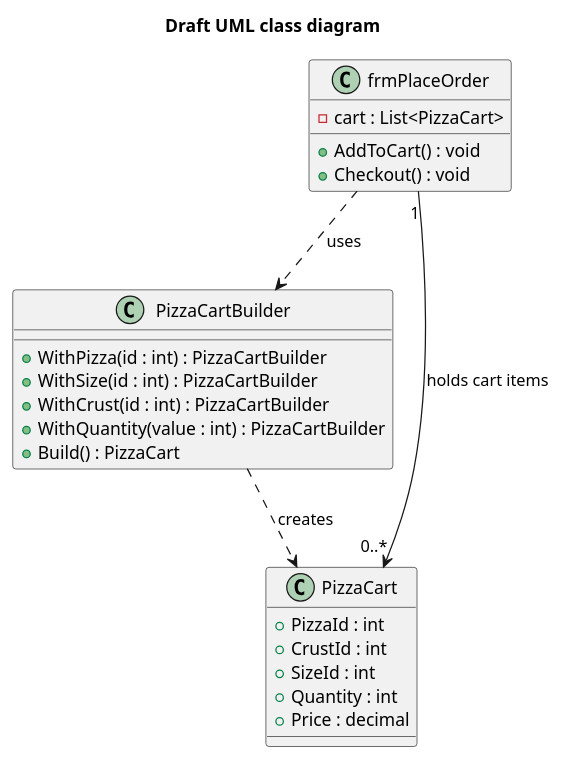
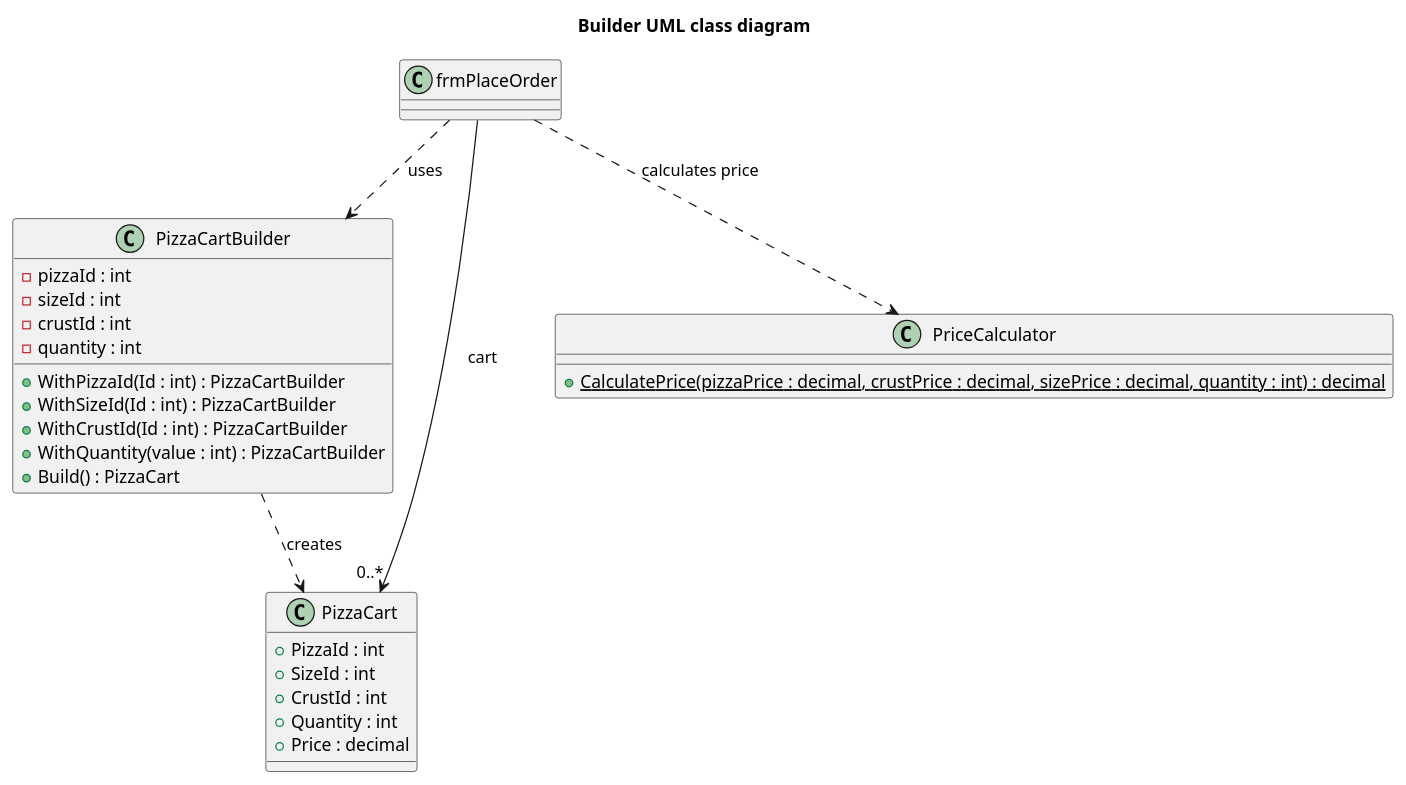
One commit to YukiHoi/Pizza-Ordering-System-Refactored changed the diagram in FoodDeliverySYS/new.puml. Above: the diagram before and after it, drawn with PlantUML. The commit also changed 14 other files, not shown here.

```diff
--- a/FoodDeliverySYS/new.puml
+++ b/FoodDeliverySYS/new.puml
@@ -1,31 +1,37 @@
 @startuml
 'https://plantuml.com/class-diagram
 
-title Draft UML class diagram
+title Builder UML class diagram
 
-class frmPlaceOrder {
-    - cart : List<PizzaCart>
-    + AddToCart() : void
-    + Checkout() : void
-}
+class frmPlaceOrder
 
 class PizzaCartBuilder {
-    + WithPizza(id : int) : PizzaCartBuilder
-    + WithSize(id : int) : PizzaCartBuilder
-    + WithCrust(id : int) : PizzaCartBuilder
-    + WithQuantity(value : int) : PizzaCartBuilder
-    + Build() : PizzaCart
+    -pizzaId : int
+    -sizeId : int
+    -crustId : int
+    -quantity : int
+    +WithPizzaId(Id : int) : PizzaCartBuilder
+    +WithSizeId(Id : int) : PizzaCartBuilder
+    +WithCrustId(Id : int) : PizzaCartBuilder
+    +WithQuantity(value : int) : PizzaCartBuilder
+    +Build() : PizzaCart
 }
 
 class PizzaCart {
-    + PizzaId : int
-    + CrustId : int
-    + SizeId : int
-    + Quantity : int
-    + Price : decimal
+    +PizzaId : int
+    +SizeId : int
+    +CrustId : int
+    +Quantity : int
+    +Price : decimal
+}
+
+class PriceCalculator {
+    +{static} CalculatePrice(pizzaPrice : decimal, crustPrice : decimal, sizePrice : decimal, quantity : int) : decimal
 }
 
 frmPlaceOrder ..> PizzaCartBuilder : uses
 PizzaCartBuilder ..> PizzaCart : creates
-frmPlaceOrder "1" --> "0..*" PizzaCart : holds cart items
+frmPlaceOrder ..> PriceCalculator : calculates price
+frmPlaceOrder --> "0..*" PizzaCart : cart
+
 @enduml
```
